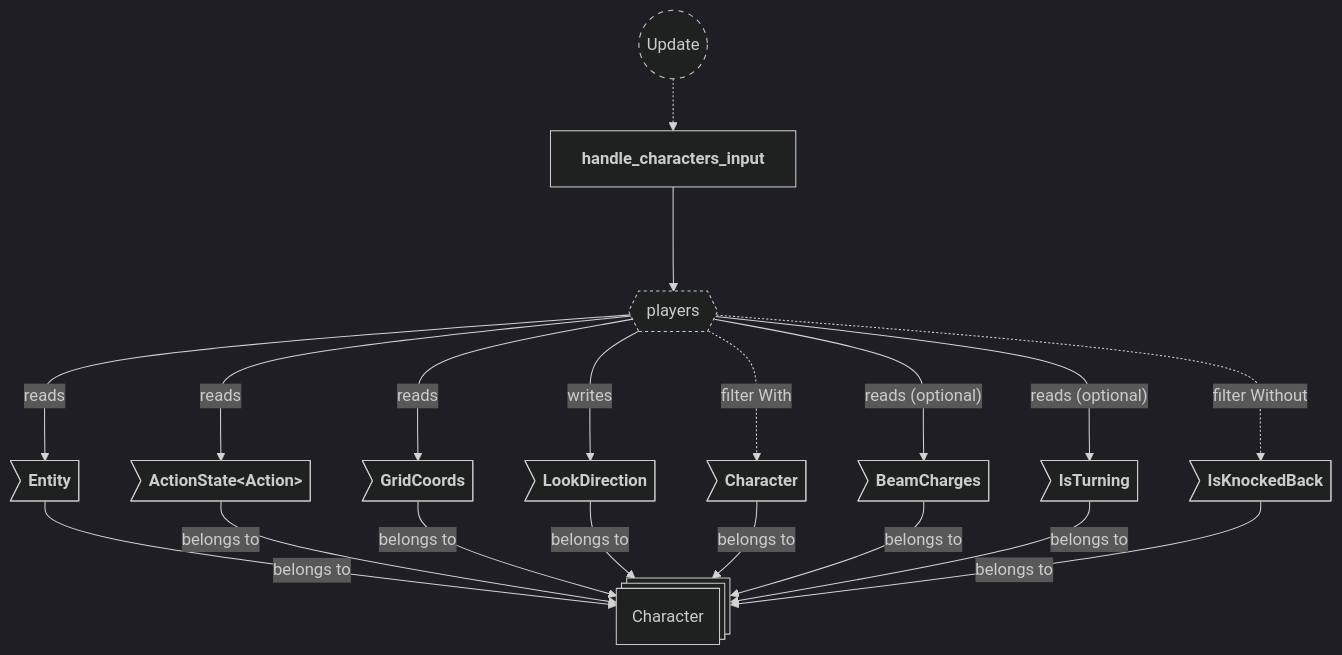
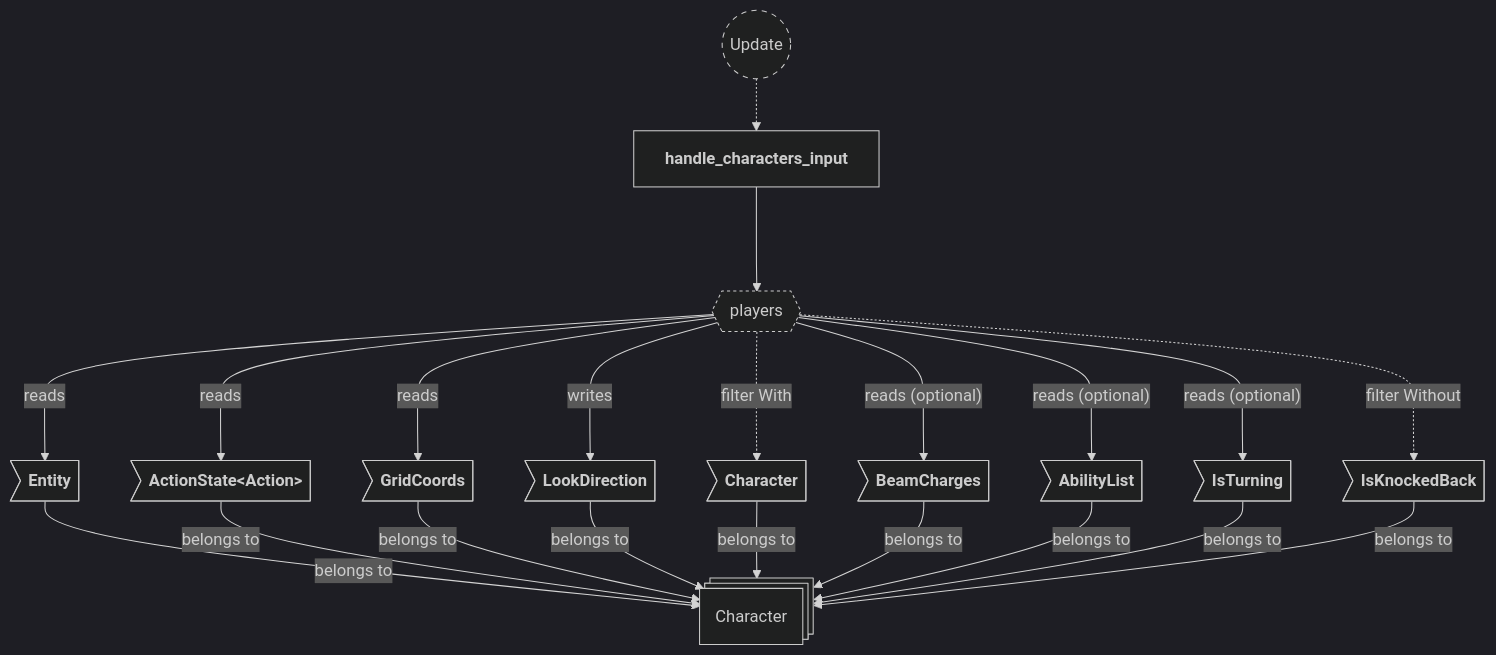
The fourth of 9 diagrams in backlog/docs/doc-2 - 002-Input-plugin.md (neurosoup/tyled), drawn with Mermaid before and after one commit. The commit also changed other lines of this file and 5 other files, not shown here.

````diff
--- a/backlog/docs/doc-2 - 002-Input-plugin.md
+++ b/backlog/docs/doc-2 - 002-Input-plugin.md
@@ -151,38 +151,40 @@
 ```mermaid
 ---
 config:
   theme: dark
 ---
 
 flowchart TD
 classDef system-group stroke-dasharray: 5 5
 classDef query stroke-dasharray: 3 3
 
 update(("`Update`")):::system-group
 handle_characters_input["`**handle_characters_input**`"]
 
 update -.-> handle_characters_input
 
 players_query{{"`players`"}}:::query
 handle_characters_input ---> players_query
 
 character_entity@{ shape: st-rect, label: "Character" }
 
 pe_entity>"`**Entity**`"] --> |belongs to| character_entity
 pe_action_state>"`**ActionState#60;Action#62;**`"] --> |belongs to| character_entity
 pe_grid_coords>"`**GridCoords**`"] --> |belongs to| character_entity
 pe_look_direction>"`**LookDirection**`"] --> |belongs to| character_entity
 pe_character>"`**Character**`"] --> |belongs to| character_entity
 pe_beam_charges>"`**BeamCharges**`"] --> |belongs to| character_entity
+pe_ability_list>"`**AbilityList**`"] --> |belongs to| character_entity
 pe_is_turning>"`**IsTurning**`"] --> |belongs to| character_entity
 pe_is_knocked_back>"`**IsKnockedBack**`"] --> |belongs to| character_entity
 
 players_query ---> |reads| pe_entity
 players_query ---> |reads| pe_action_state
 players_query ---> |reads| pe_grid_coords
 players_query ---> |writes| pe_look_direction
 players_query ---> |"reads (optional)"| pe_beam_charges
+players_query ---> |"reads (optional)"| pe_ability_list
 players_query ---> |"reads (optional)"| pe_is_turning
 players_query -..-> |filter With| pe_character
 players_query -..-> |filter Without| pe_is_knocked_back
 ```
````
